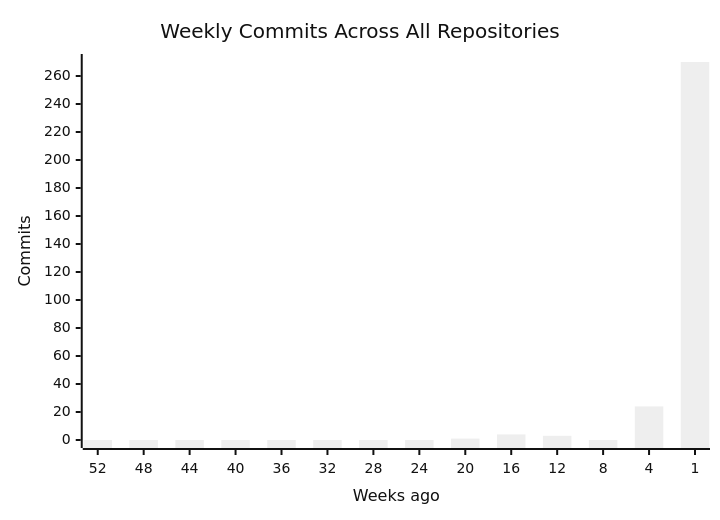
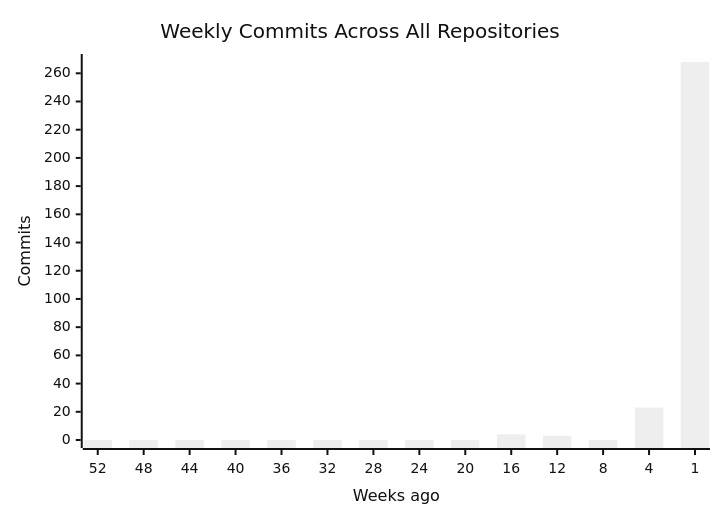
Before and after one commit to CSTH-Projects/.github: the first of 4 diagrams in profile/README.md, drawn with Mermaid (neutral theme). The commit also changed other lines of this file, not shown here.

````diff
--- a/profile/README.md
+++ b/profile/README.md
@@ -16,7 +16,7 @@
 ```mermaid
 xychart-beta
     title "Weekly Commits Across All Repositories"
     x-axis "Weeks ago" [52, 48, 44, 40, 36, 32, 28, 24, 20, 16, 12, 8, 4, 1]
     y-axis "Commits"
-    bar [0, 0, 0, 0, 0, 0, 0, 0, 1, 4, 3, 0, 24, 270]
+    bar [0, 0, 0, 0, 0, 0, 0, 0, 0, 4, 3, 0, 23, 268]
 ```
````
